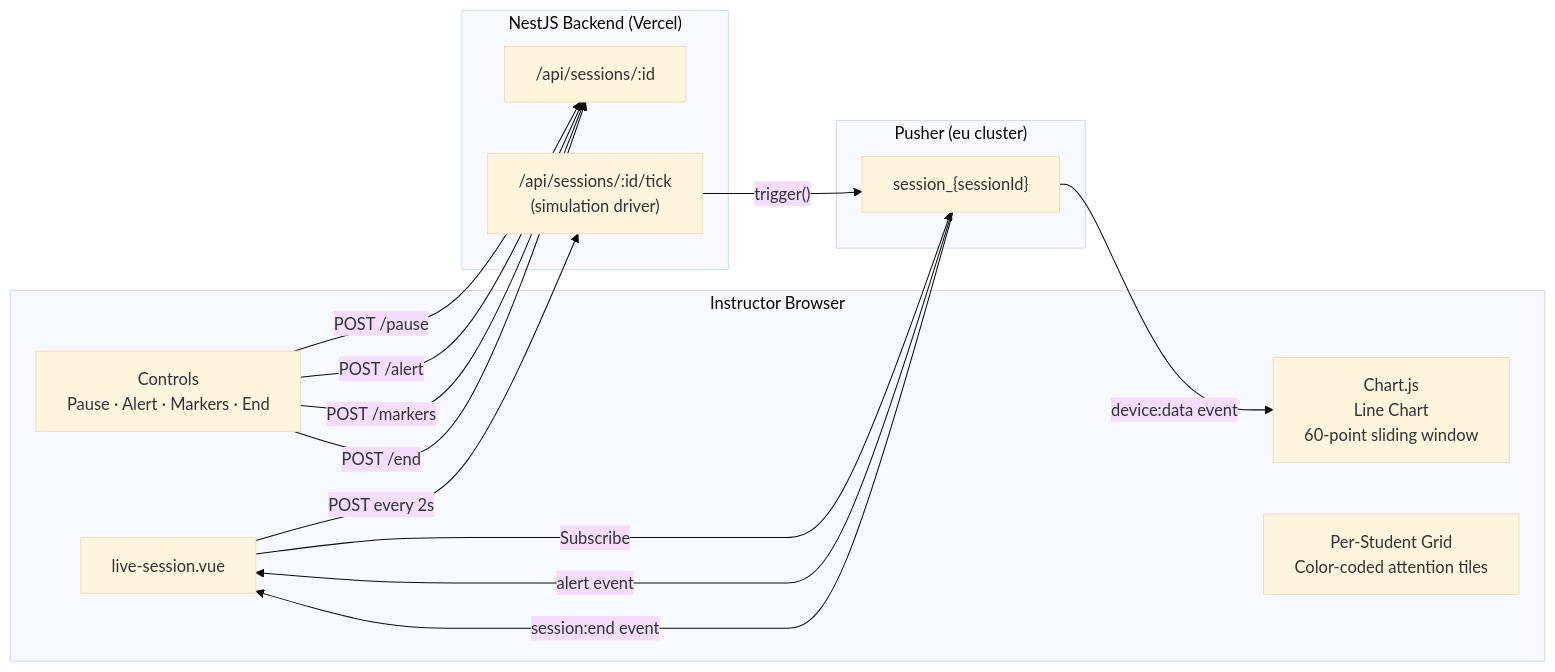
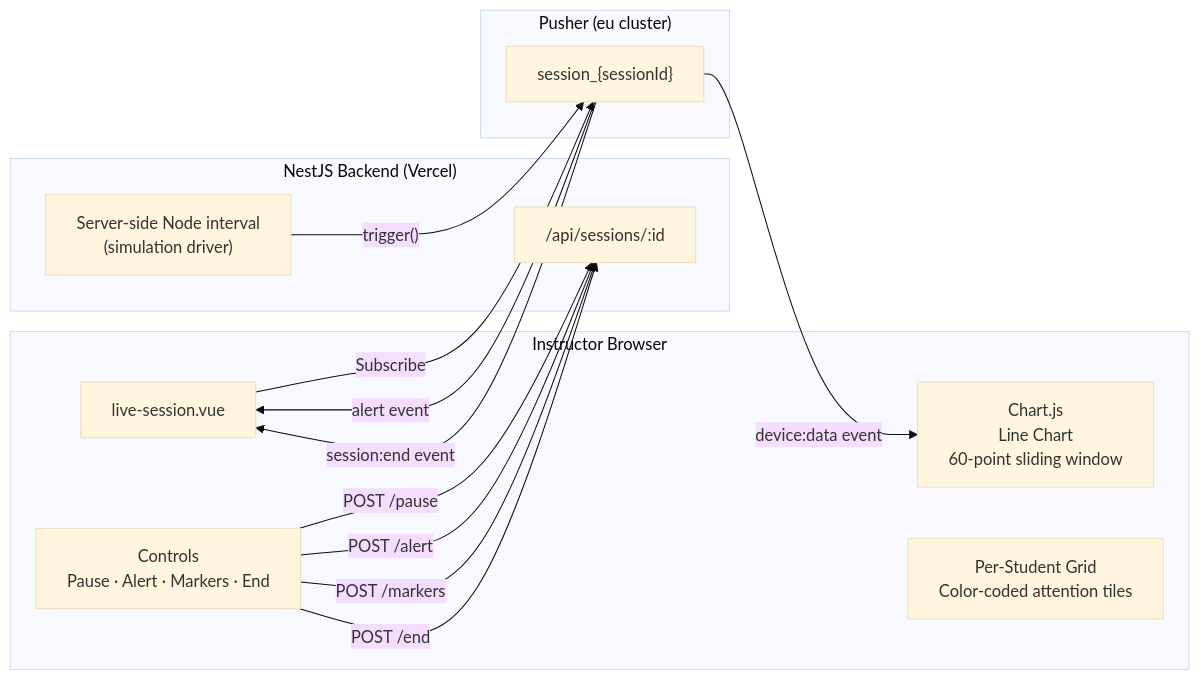
Before and after one commit to ameenmv/haze_clue_docs: the diagram in docs/website/live-session.md, drawn with Mermaid (base theme). The commit also changed other lines of this file and 12 other files, not shown here.

Commit message:
docs: update technical documentation covering auth UI, Vercel deployment, backend simulation, device scanning, and new API features.

````diff
--- a/docs/website/live-session.md
+++ b/docs/website/live-session.md
@@ -9,31 +9,30 @@
 ```mermaid
 graph LR
     subgraph Browser["Instructor Browser"]
         LiveSession["live-session.vue"]
         Chart["Chart.js\nLine Chart\n60-point sliding window"]
         StudentGrid["Per-Student Grid\nColor-coded attention tiles"]
         Controls["Controls\nPause · Alert · Markers · End"]
     end
 
     subgraph Backend["NestJS Backend (Vercel)"]
         SessionAPI["/api/sessions/:id"]
-        Tick["/api/sessions/:id/tick\n(simulation driver)"]
+        SimulationLoop["Server-side Node interval\n(simulation driver)"]
     end
 
     subgraph Pusher["Pusher (eu cluster)"]
         Channel["session_{sessionId}"]
     end
 
     LiveSession -->|"Subscribe"| Channel
     Channel -->|"device:data event"| Chart
     Channel -->|"alert event"| LiveSession
     Channel -->|"session:end event"| LiveSession
 
-    LiveSession -->|"POST every 2s"| Tick
-    Tick -->|"trigger()"| Channel
+    SimulationLoop -->|"trigger()"| Channel
 
     Controls -->|"POST /pause"| SessionAPI
     Controls -->|"POST /alert"| SessionAPI
     Controls -->|"POST /markers"| SessionAPI
     Controls -->|"POST /end"| SessionAPI
 ```
````
